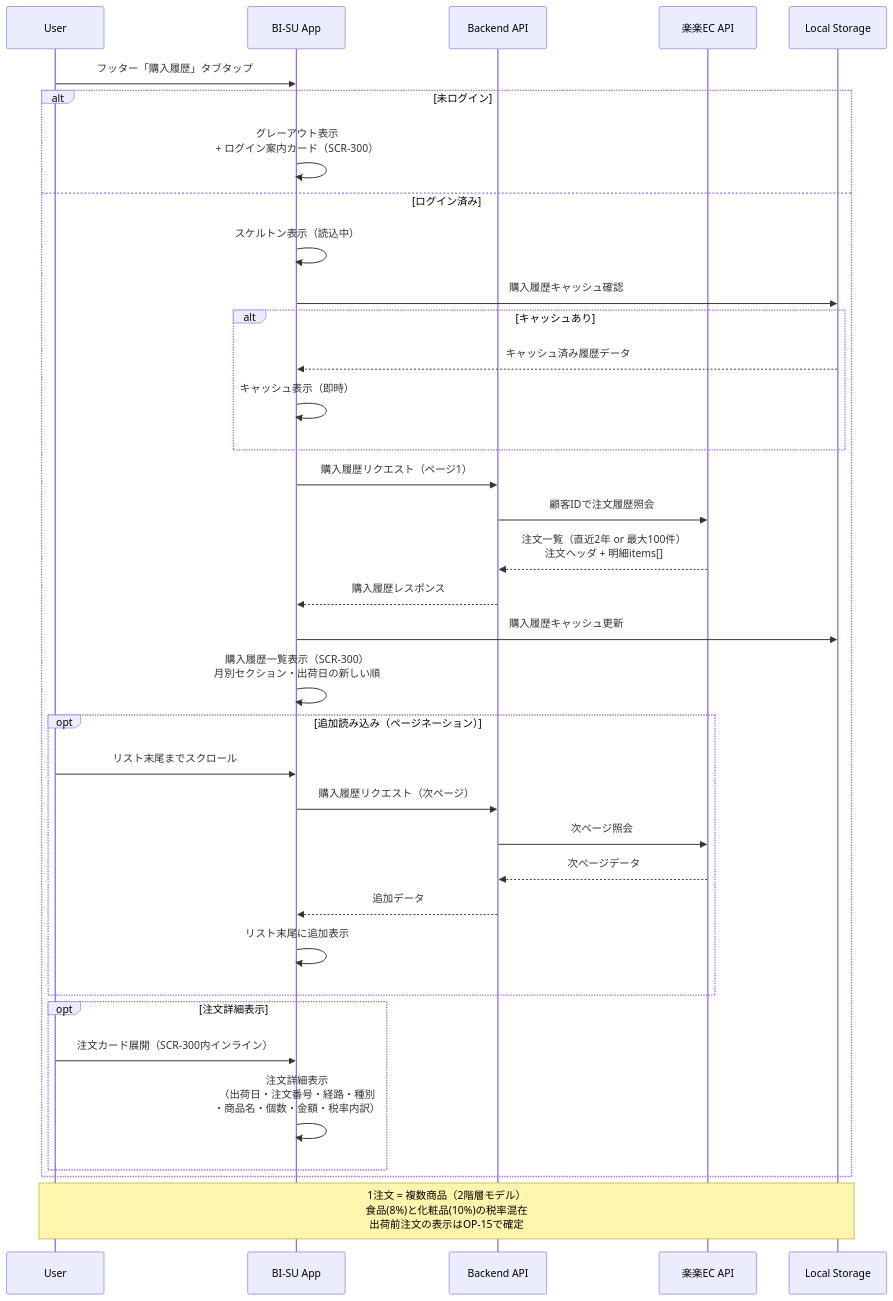
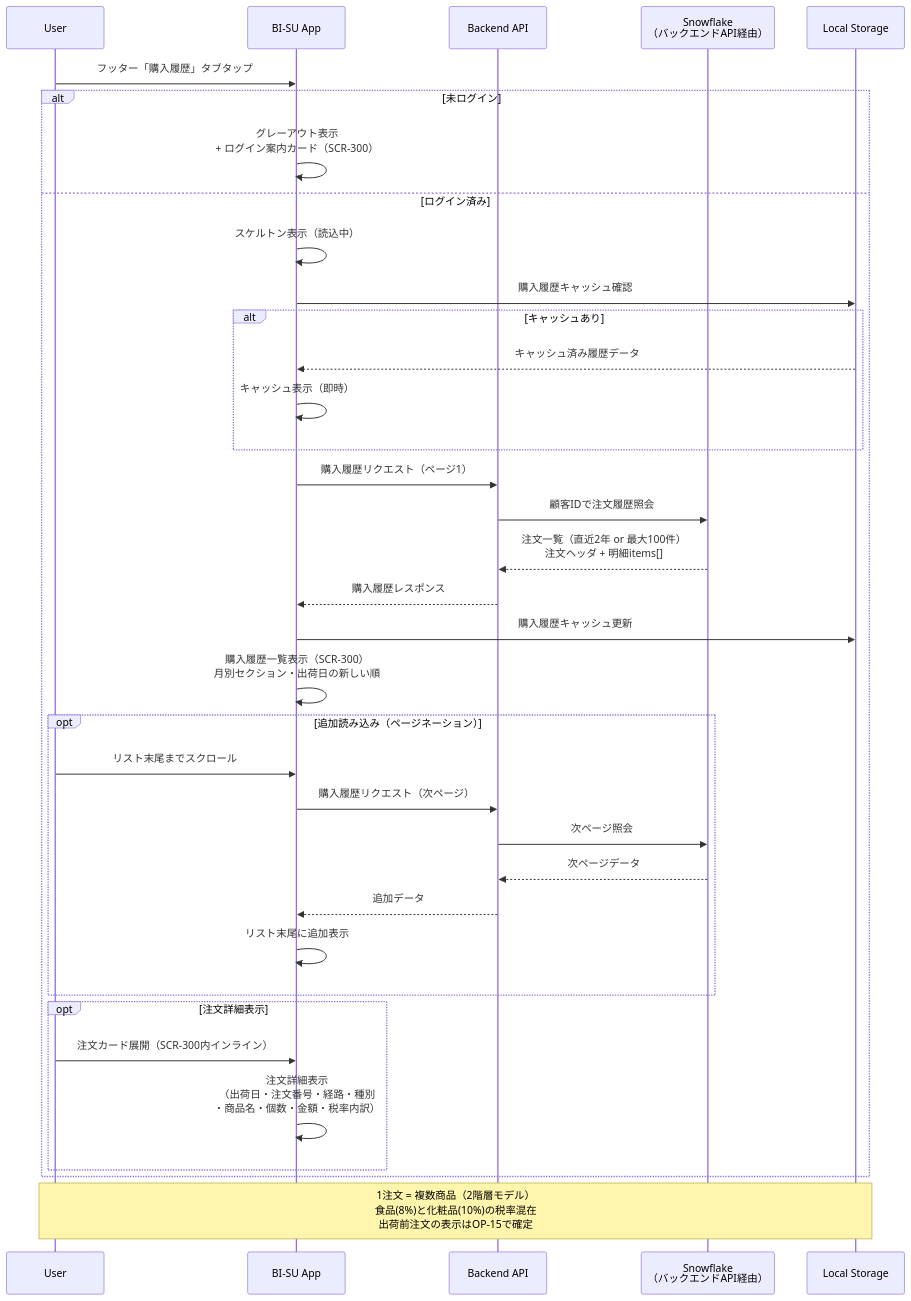
Diagram 11 of 24 in docs/05_シーケンス図.md (YukaHasebe/bi-su-app), drawn with Mermaid before and after one commit. The commit also changed other lines of this file and 7 other files, not shown here.

````diff
--- a/docs/05_シーケンス図.md
+++ b/docs/05_シーケンス図.md
@@ -334,44 +317,44 @@
 ```mermaid
 sequenceDiagram
     participant U as User
     participant App as BI-SU App
     participant API as Backend API
-    participant REC as 楽楽EC API
+    participant SF as Snowflake<br/>（バックエンドAPI経由）
     participant LS as Local Storage
 
     U->>App: フッター「購入履歴」タブタップ
 
     alt 未ログイン
         App->>App: グレーアウト表示<br/>+ ログイン案内カード（SCR-300）
     else ログイン済み
         App->>App: スケルトン表示（読込中）
         App->>LS: 購入履歴キャッシュ確認
         alt キャッシュあり
             LS-->>App: キャッシュ済み履歴データ
             App->>App: キャッシュ表示（即時）
         end
 
         App->>API: 購入履歴リクエスト（ページ1）
-        API->>REC: 顧客IDで注文履歴照会
-        REC-->>API: 注文一覧（直近2年 or 最大100件）<br/>注文ヘッダ + 明細items[]
+        API->>SF: 顧客IDで注文履歴照会
+        SF-->>API: 注文一覧（直近2年 or 最大100件）<br/>注文ヘッダ + 明細items[]
         API-->>App: 購入履歴レスポンス
         App->>LS: 購入履歴キャッシュ更新
         App->>App: 購入履歴一覧表示（SCR-300）<br/>月別セクション・出荷日の新しい順
 
         opt 追加読み込み（ページネーション）
             U->>App: リスト末尾までスクロール
             App->>API: 購入履歴リクエスト（次ページ）
-            API->>REC: 次ページ照会
-            REC-->>API: 次ページデータ
+            API->>SF: 次ページ照会
+            SF-->>API: 次ページデータ
             API-->>App: 追加データ
             App->>App: リスト末尾に追加表示
         end
 
         opt 注文詳細表示
             U->>App: 注文カード展開（SCR-300内インライン）
             App->>App: 注文詳細表示<br/>（出荷日・注文番号・経路・種別<br/>・商品名・個数・金額・税率内訳）
         end
     end
 
     Note over U,LS: 1注文 = 複数商品（2階層モデル）<br/>食品(8%)と化粧品(10%)の税率混在<br/>出荷前注文の表示はOP-15で確定
 ```
````
